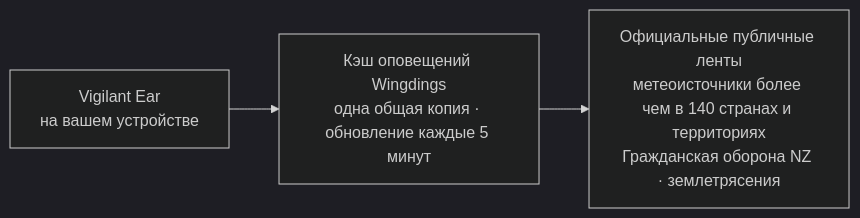
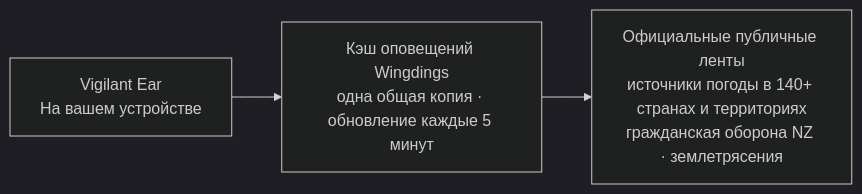
The fourth of 4 diagrams in README_ru.md (rpalm01-star/VigilantEarLegal), drawn with Mermaid (dark theme) before and after one commit. The commit also changed other lines of this file and 14 other files, not shown here.

````diff
--- a/README_ru.md
+++ b/README_ru.md
@@ -182,5 +201,5 @@
 ```mermaid
 graph LR
-    P1["Vigilant Ear<br/>на вашем устройстве"] --> W["Кэш оповещений Wingdings<br/>одна общая копия · обновление каждые 5 минут"]
-    W --> N["Официальные публичные ленты<br/>метеоисточники более чем в 140 странах и территориях<br/>Гражданская оборона NZ · землетрясения"]
+    P1["Vigilant Ear<br/>На вашем устройстве"] --> W["Кэш оповещений Wingdings<br/>одна общая копия · обновление каждые 5 минут"]
+    W --> N["Официальные публичные ленты<br/>источники погоды в 140+ странах и территориях<br/>гражданская оборона NZ · землетрясения"]
 ```
````
